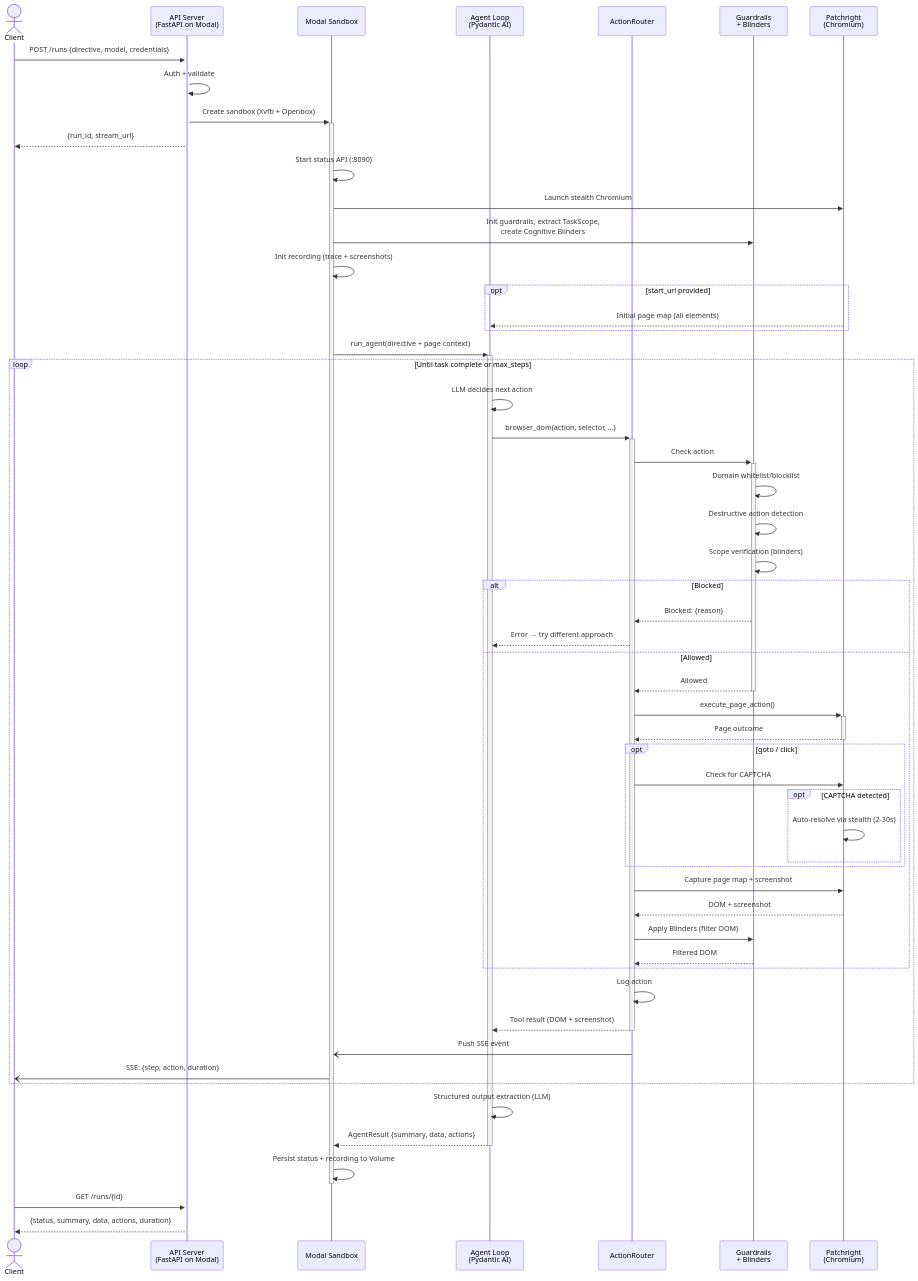
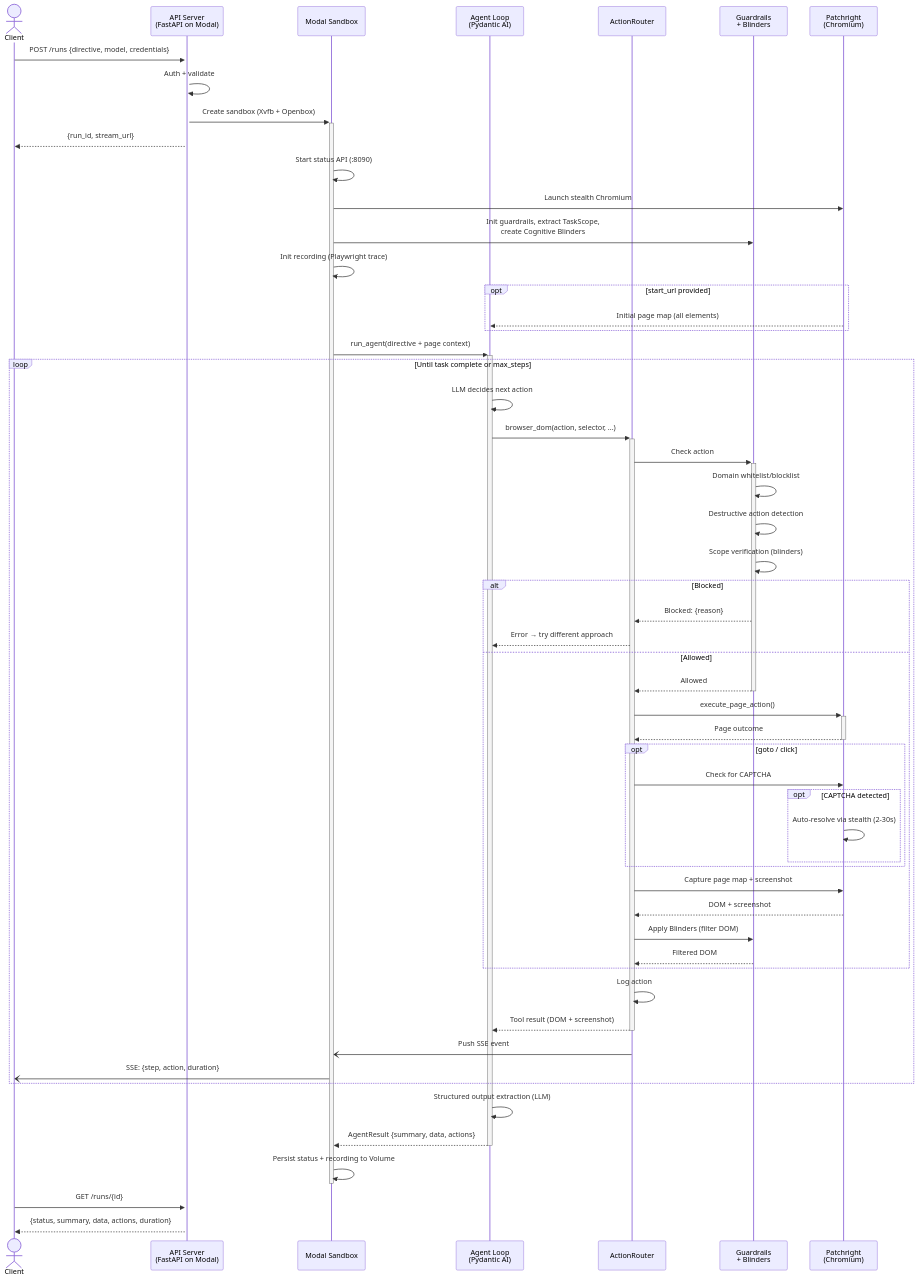
The second of 2 diagrams in README.md (AppliedLabsAI/cua), drawn with Mermaid before and after one commit. The commit also changed other lines of this file and 13 other files, not shown here.

````diff
--- a/README.md
+++ b/README.md
@@ -29,73 +29,73 @@
 ```mermaid
 sequenceDiagram
     actor Client
     participant API as API Server<br/>(FastAPI on Modal)
     participant Sandbox as Modal Sandbox
     participant Agent as Agent Loop<br/>(Pydantic AI)
     participant Router as ActionRouter
     participant Guard as Guardrails<br/>+ Blinders
     participant Browser as Patchright<br/>(Chromium)
 
     Client->>+API: POST /runs {directive, model, credentials}
     API->>API: Auth + validate
     API->>+Sandbox: Create sandbox (Xvfb + Openbox)
     API-->>Client: {run_id, stream_url}
 
     Sandbox->>Sandbox: Start status API (:8090)
     Sandbox->>Browser: Launch stealth Chromium
     Sandbox->>Guard: Init guardrails, extract TaskScope,<br/>create Cognitive Blinders
-    Sandbox->>Sandbox: Init recording (trace + screenshots)
+    Sandbox->>Sandbox: Init recording (Playwright trace)
 
     opt start_url provided
         Browser-->>Agent: Initial page map (all elements)
     end
 
     Sandbox->>+Agent: run_agent(directive + page context)
 
     loop Until task complete or max_steps
         Agent->>Agent: LLM decides next action
         Agent->>+Router: browser_dom(action, selector, ...)
 
         Router->>+Guard: Check action
         Guard->>Guard: Domain whitelist/blocklist
         Guard->>Guard: Destructive action detection
         Guard->>Guard: Scope verification (blinders)
 
         alt Blocked
             Guard-->>Router: Blocked: {reason}
             Router-->>Agent: Error → try different approach
         else Allowed
             Guard-->>-Router: Allowed
             Router->>+Browser: execute_page_action()
             Browser-->>-Router: Page outcome
 
             opt goto / click
                 Router->>Browser: Check for CAPTCHA
                 opt CAPTCHA detected
                     Browser->>Browser: Auto-resolve via stealth (2-30s)
                 end
             end
 
             Router->>Browser: Capture page map + screenshot
             Browser-->>Router: DOM + screenshot
 
             Router->>Guard: Apply Blinders (filter DOM)
             Guard-->>Router: Filtered DOM
         end
 
         Router->>Router: Log action
         Router-->>-Agent: Tool result (DOM + screenshot)
 
         Router-)Sandbox: Push SSE event
         Sandbox-)Client: SSE: {step, action, duration}
     end
 
     Agent->>Agent: Structured output extraction (LLM)
     Agent-->>-Sandbox: AgentResult {summary, data, actions}
 
     Sandbox->>Sandbox: Persist status + recording to Volume
     deactivate Sandbox
 
     Client->>API: GET /runs/{id}
     API-->>Client: {status, summary, data, actions, duration}
 ```
````
